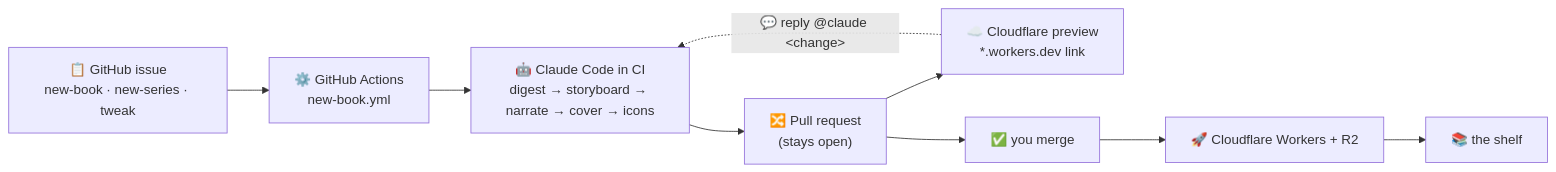
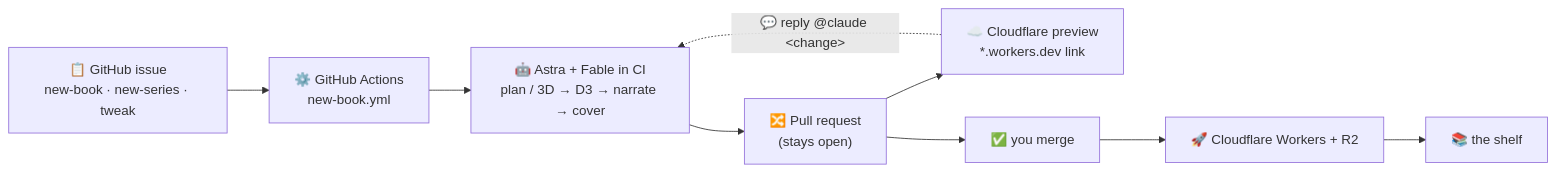
One commit to BLamy/orly changed the diagram in README.md. Above: the diagram before and after it, drawn with Mermaid. The commit also changed other lines of this file and 170 other files, not shown here.

````diff
--- a/README.md
+++ b/README.md
@@ -44,11 +51,11 @@
 ```mermaid
 flowchart LR
   issue["📋 GitHub issue<br/>new-book · new-series · tweak"] --> ci["⚙️ GitHub Actions<br/>new-book.yml"]
-  ci --> claude["🤖 Claude Code in CI<br/>digest → storyboard → narrate → cover → icons"]
+  ci --> claude["🤖 Astra + Fable in CI<br/>plan / 3D → D3 → narrate → cover"]
   claude --> pr["🔀 Pull request<br/>(stays open)"]
   pr --> preview["☁️ Cloudflare preview<br/>*.workers.dev link"]
   preview -. "💬 reply @claude &lt;change&gt;" .-> claude
   pr --> merge["✅ you merge"]
   merge --> deploy["🚀 Cloudflare Workers + R2"]
   deploy --> shelf["📚 the shelf"]
 ```
````
